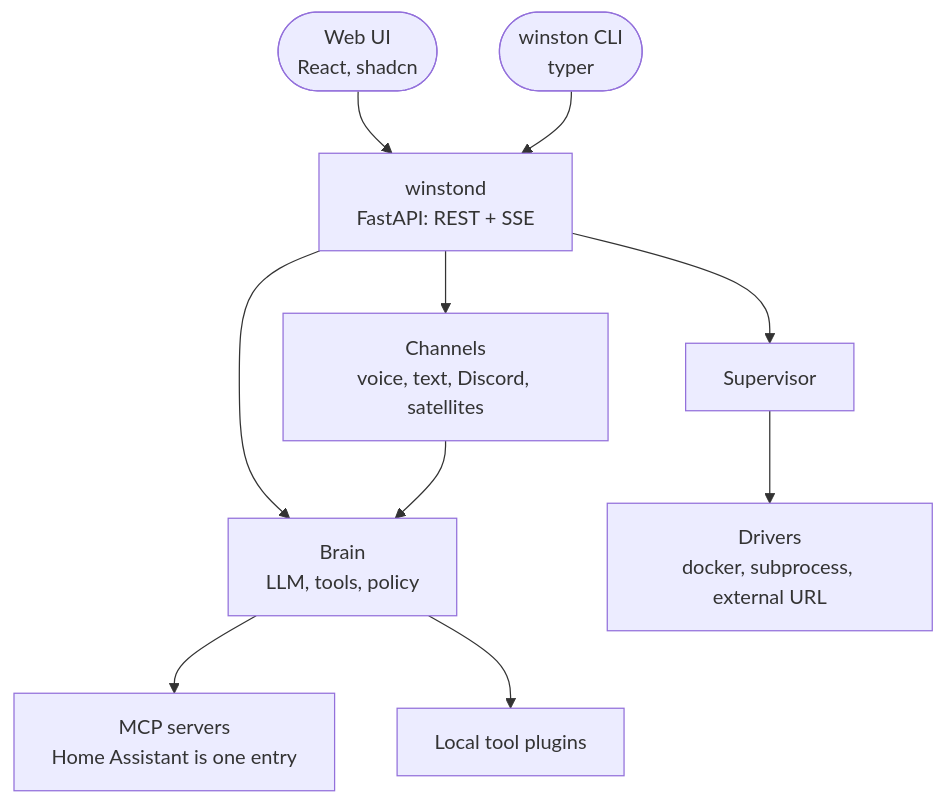
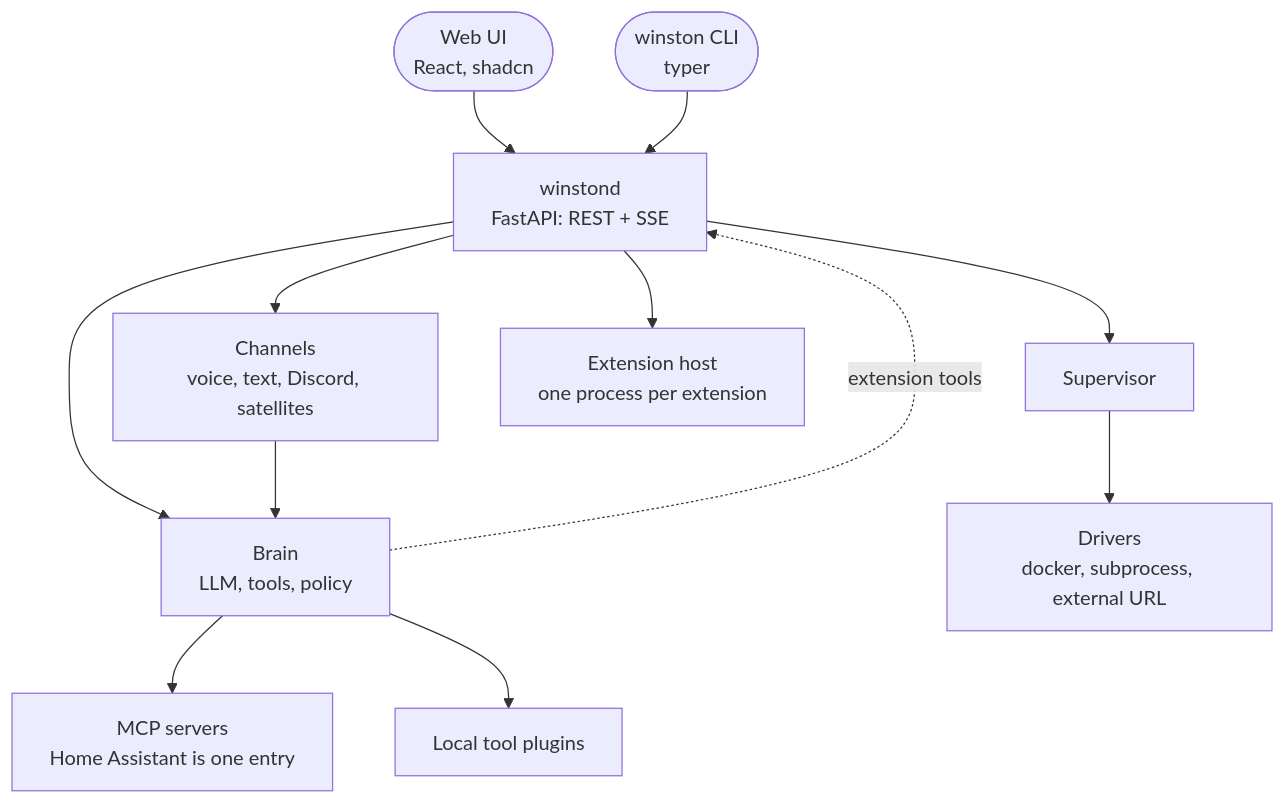
The diagram in docs/architecture.md (aldinsmajlovic/winston), drawn with Mermaid before and after one commit. The commit also changed other lines of this file and 72 other files, not shown here.

````diff
--- a/docs/architecture.md
+++ b/docs/architecture.md
@@ -30,12 +30,14 @@
 ```mermaid
 flowchart TB
   ui([Web UI<br/>React, shadcn]) --> api
   cli([winston CLI<br/>typer]) --> api
   api[winstond<br/>FastAPI: REST + SSE] --> sup[Supervisor]
   api --> brain[Brain<br/>LLM, tools, policy]
   api --> ch[Channels<br/>voice, text, Discord, satellites]
   ch --> brain
   sup --> drv[Drivers<br/>docker, subprocess, external URL]
   brain --> mcp[MCP servers<br/>Home Assistant is one entry]
   brain --> local[Local tool plugins]
+  api --> ext[Extension host<br/>one process per extension]
+  brain -. extension tools .-> api
 ```
````
